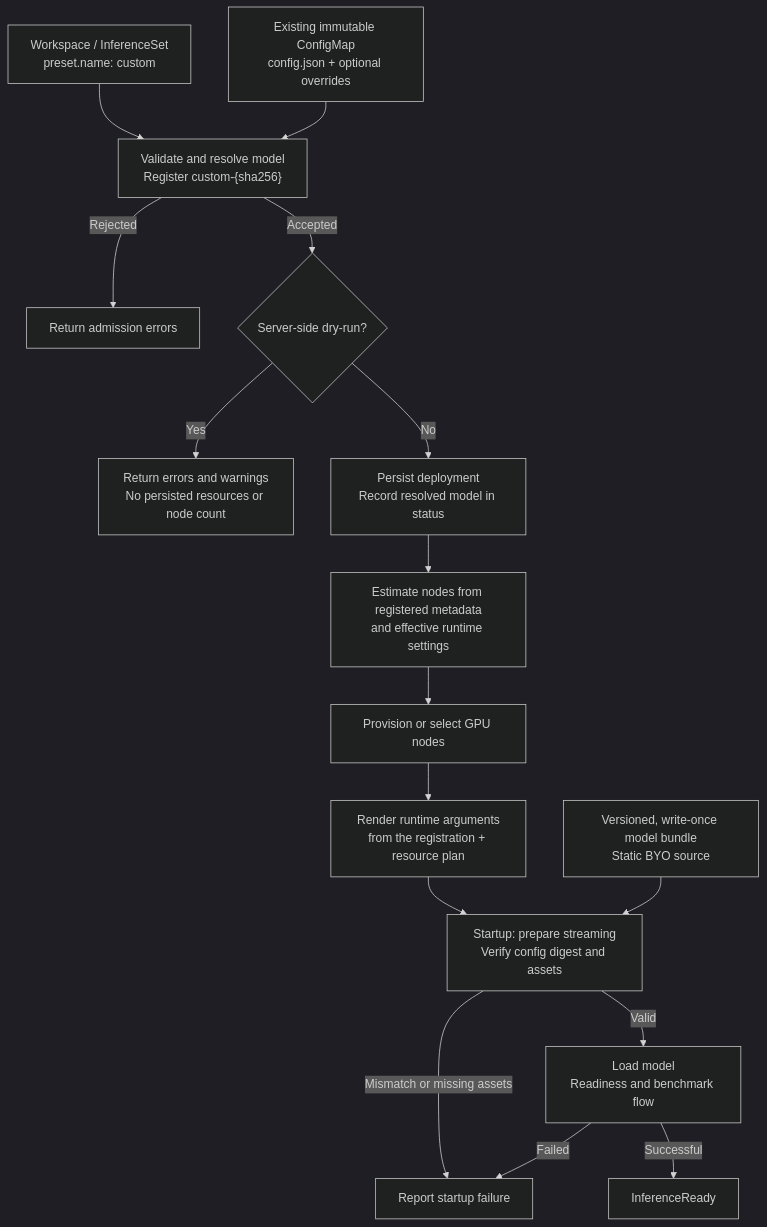
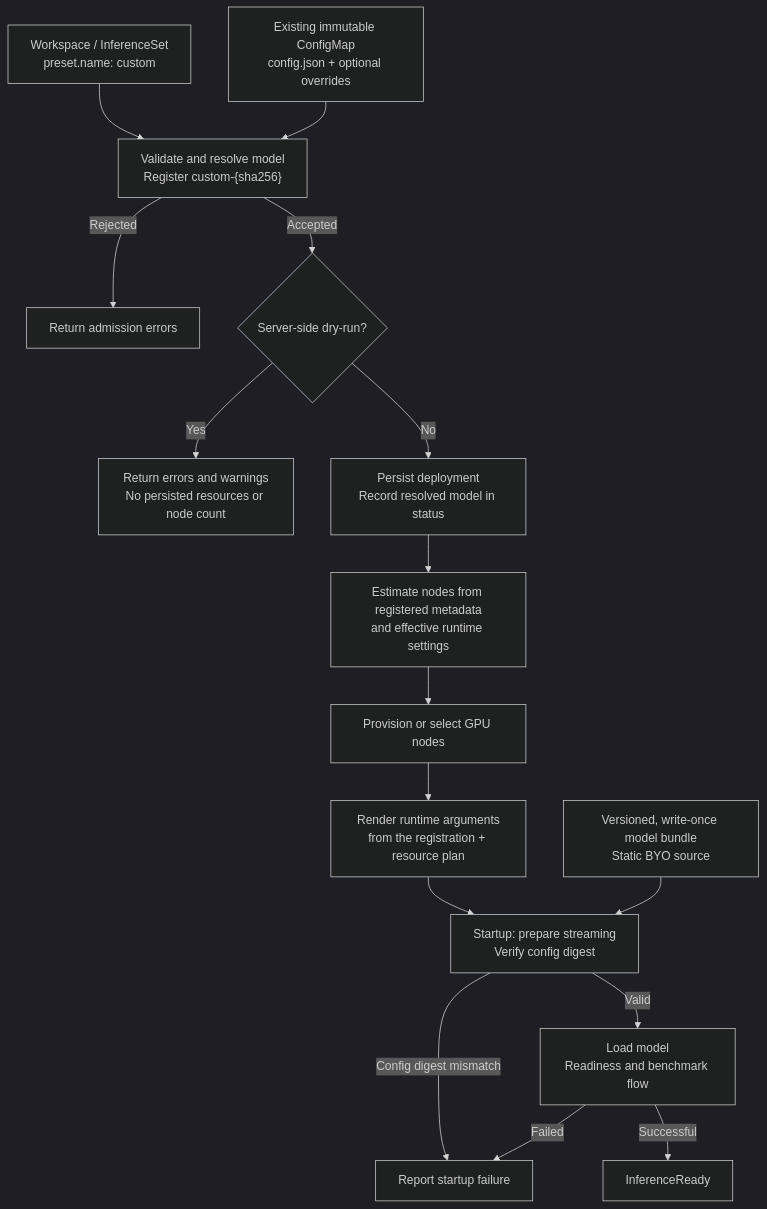
Before and after one commit to zhuangqh/kaito: the diagram in docs/proposals/20260914-byo-weights.md, drawn with Mermaid (dark theme). The commit also changed other lines of this file and 42 other files, not shown here.

````diff
--- a/docs/proposals/20260914-byo-weights.md
+++ b/docs/proposals/20260914-byo-weights.md
@@ -171,18 +167,18 @@
 ```mermaid
 flowchart TD
     Request["Workspace / InferenceSet<br/>preset.name: custom"] --> Admission["Validate and resolve model<br/>Register custom-{sha256}"]
     Config["Existing immutable ConfigMap<br/>config.json + optional overrides"] --> Admission
     Admission -->|Rejected| Error["Return admission errors"]
     Admission -->|Accepted| DryRun{"Server-side dry-run?"}
     DryRun -->|Yes| Result["Return errors and warnings<br/>No persisted resources or node count"]
     DryRun -->|No| Resolve["Persist deployment<br/>Record resolved model in status"]
     Resolve --> Estimate["Estimate nodes from registered metadata<br/>and effective runtime settings"]
     Estimate --> Provision["Provision or select GPU nodes"]
     Provision --> Render["Render runtime arguments<br/>from the registration + resource plan"]
-    Render --> Startup["Startup: prepare streaming<br/>Verify config digest and assets"]
+    Render --> Startup["Startup: prepare streaming<br/>Verify config digest"]
     Bundle["Versioned, write-once model bundle<br/>Static BYO source"] --> Startup
-    Startup -->|Mismatch or missing assets| Failed["Report startup failure"]
+    Startup -->|Config digest mismatch| Failed["Report startup failure"]
     Startup -->|Valid| Load["Load model<br/>Readiness and benchmark flow"]
     Load -->|Successful| Ready["InferenceReady"]
     Load -->|Failed| Failed
 ```
````
